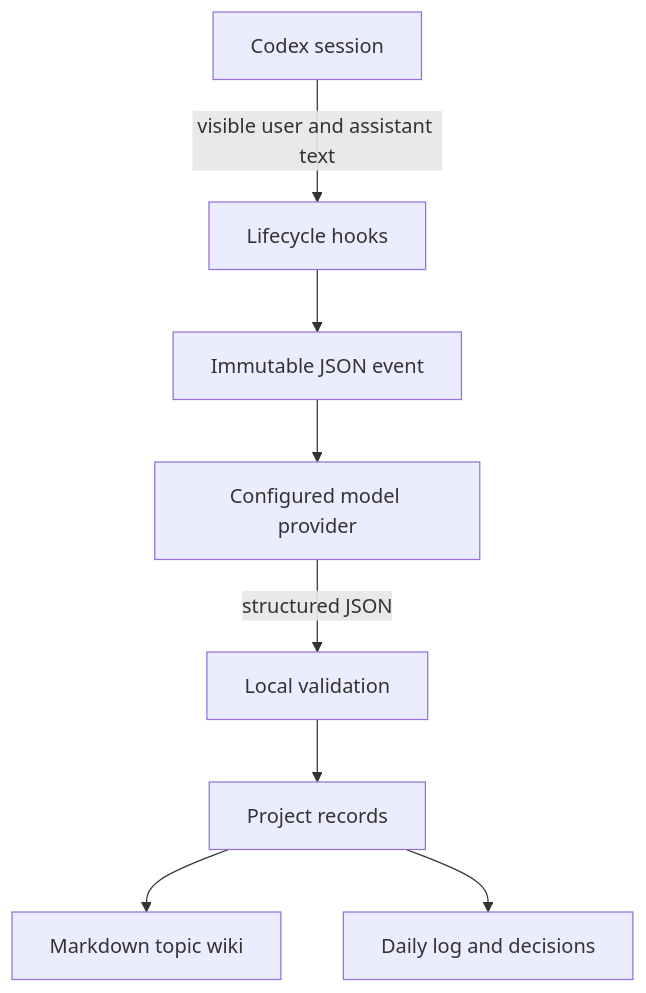
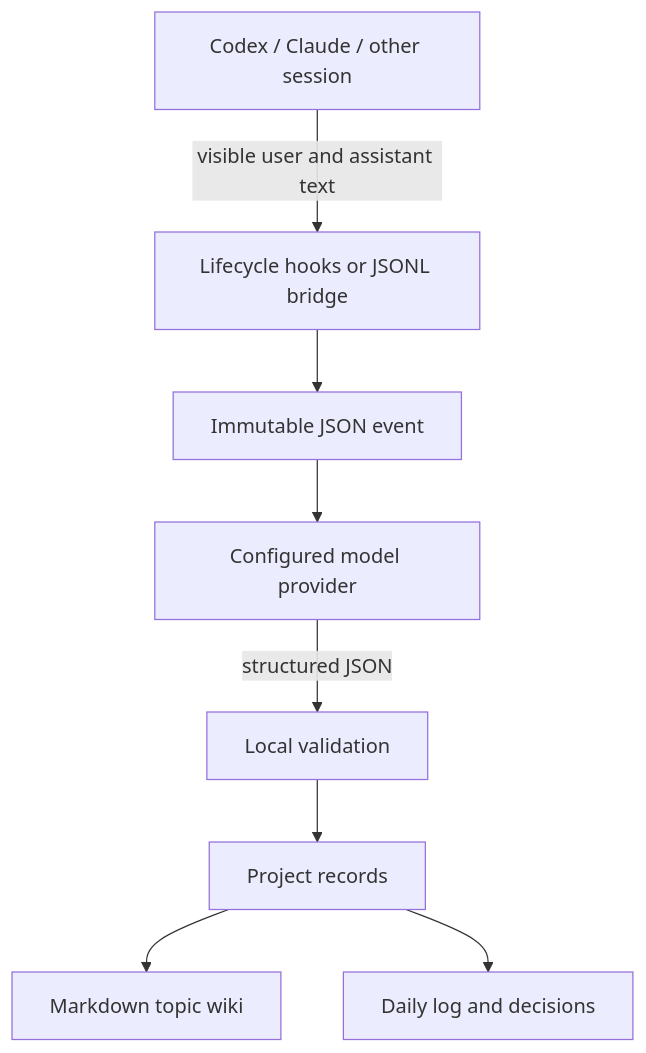
One commit to noon49-code/SourceNest changed the diagram in README.md. Above: the diagram before and after it, drawn with Mermaid. The commit also changed other lines of this file and 11 other files, not shown here.

```diff
--- a/README.md
+++ b/README.md
@@ -29,10 +29,10 @@
 ~~~mermaid
 flowchart TD
-    A[Codex session] -->|visible user and assistant text| B[Lifecycle hooks]
+    A[Codex / Claude / other session] -->|visible user and assistant text| B[Lifecycle hooks or JSONL bridge]
     B --> C[Immutable JSON event]
     C --> D[Configured model provider]
     D -->|structured JSON| E[Local validation]
     E --> F[Project records]
     F --> G[Markdown topic wiki]
     F --> H[Daily log and decisions]
 ~~~
```
